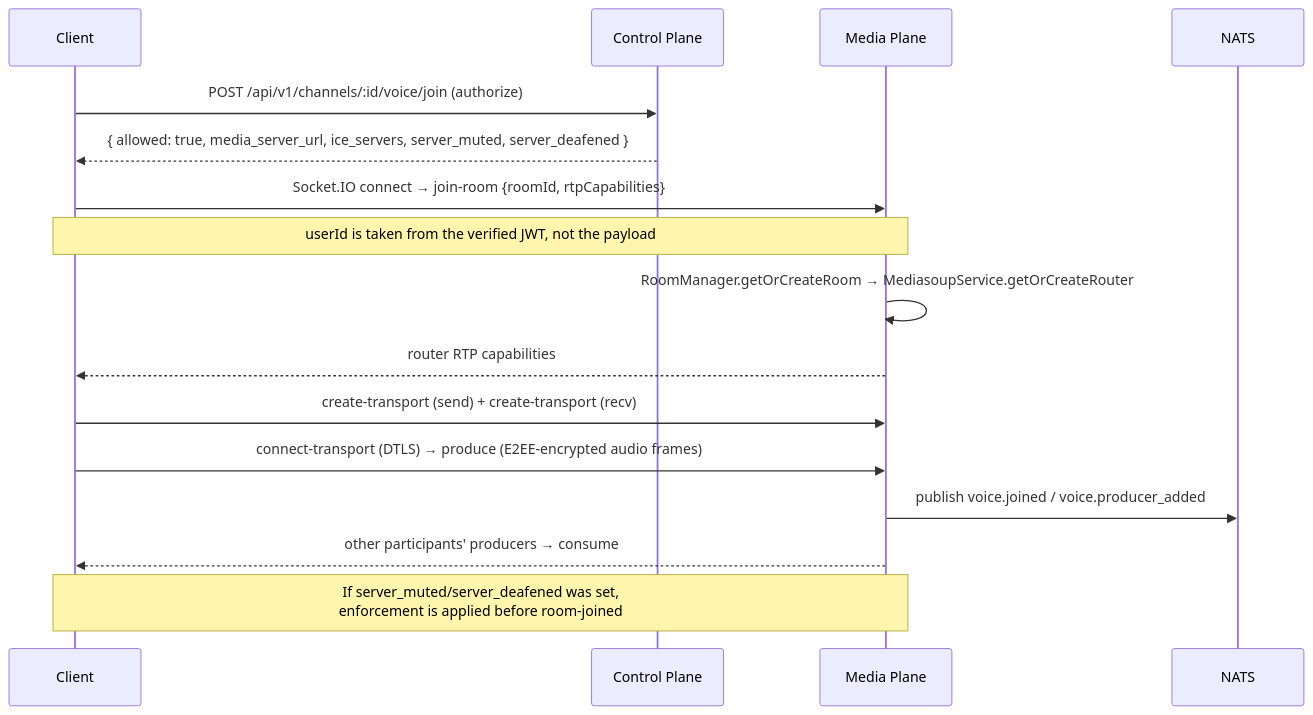
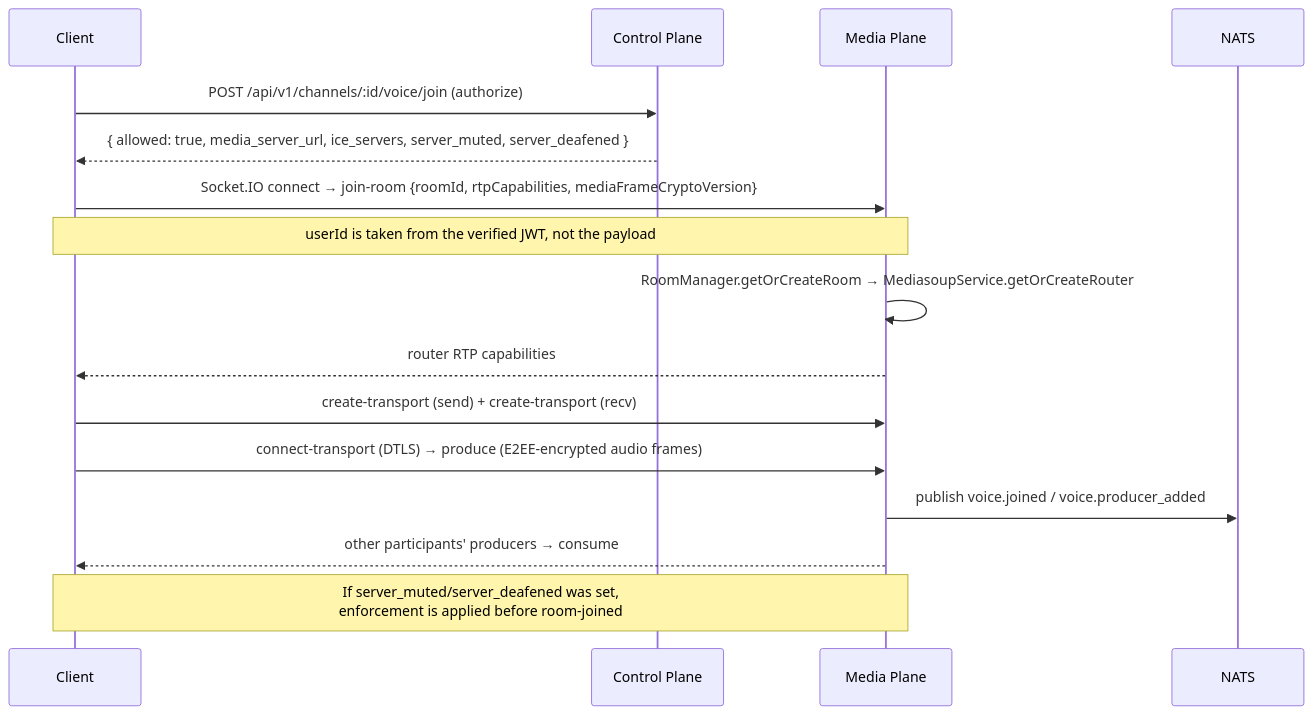
The eighth of 10 diagrams in docs/architecture.md (Concord-Voice/Concord-Voice), drawn with Mermaid before and after one commit. The commit also changed other lines of this file and 24 other files, not shown here.

````diff
--- a/docs/architecture.md
+++ b/docs/architecture.md
@@ -562,19 +563,19 @@
 ```mermaid
 sequenceDiagram
     participant C as Client
     participant CP as Control Plane
     participant MP as Media Plane
     participant NATS as NATS
 
     C->>CP: POST /api/v1/channels/:id/voice/join (authorize)
     CP-->>C: { allowed: true, media_server_url, ice_servers, server_muted, server_deafened }
-    C->>MP: Socket.IO connect → join-room {roomId, rtpCapabilities}
+    C->>MP: Socket.IO connect → join-room {roomId, rtpCapabilities, mediaFrameCryptoVersion}
     Note over C,MP: userId is taken from the verified JWT, not the payload
     MP->>MP: RoomManager.getOrCreateRoom → MediasoupService.getOrCreateRouter
     MP-->>C: router RTP capabilities
     C->>MP: create-transport (send) + create-transport (recv)
     C->>MP: connect-transport (DTLS) → produce (E2EE-encrypted audio frames)
     MP->>NATS: publish voice.joined / voice.producer_added
     MP-->>C: other participants' producers → consume
     Note over MP,C: If server_muted/server_deafened was set,<br/>enforcement is applied before room-joined
 ```
````
